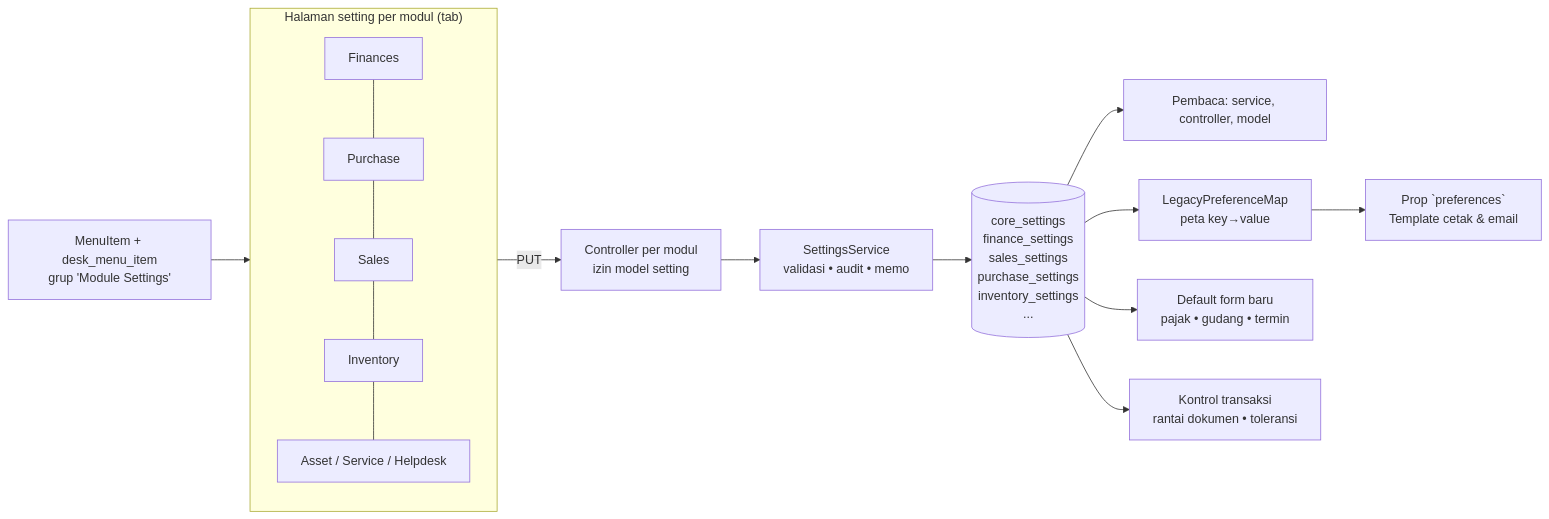
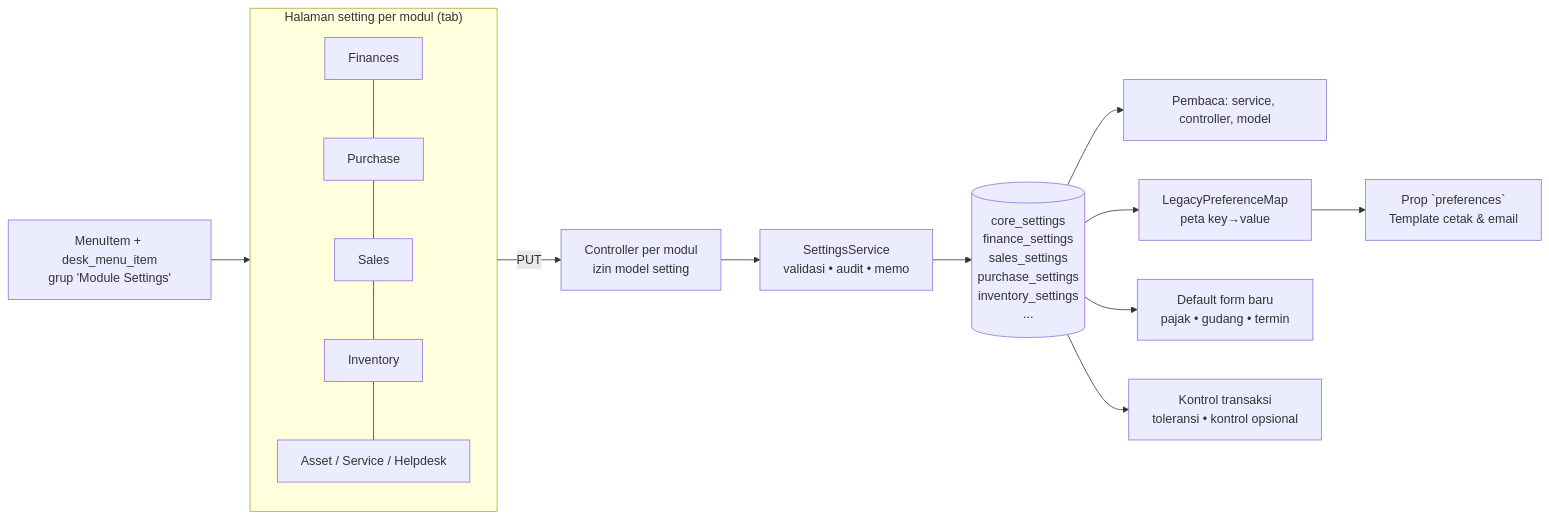
One commit to RimbunCode/erp_pataya changed the first of 2 diagrams in docs/prd/module-settings-prd.md. Above: the diagram before and after it, drawn with Mermaid. The commit also changed other lines of this file and 5 other files, not shown here.

````diff
--- a/docs/prd/module-settings-prd.md
+++ b/docs/prd/module-settings-prd.md
@@ -71,15 +72,15 @@
 ```mermaid
 flowchart LR
     subgraph UI["Halaman setting per modul (tab)"]
         P1[Finances] --- P2[Purchase] --- P3[Sales] --- P4[Inventory] --- P5[Asset / Service / Helpdesk]
     end
     UI -->|PUT| CTRL[Controller per modul<br/>izin model setting]
     CTRL --> SS[SettingsService<br/>validasi • audit • memo]
     SS --> TBL[("core_settings<br/>finance_settings<br/>sales_settings<br/>purchase_settings<br/>inventory_settings<br/>...")]
     TBL --> READ[Pembaca: service, controller, model]
     TBL --> LEG[LegacyPreferenceMap<br/>peta key→value]
     LEG --> FE[Prop `preferences`<br/>Template cetak & email]
     TBL --> DEF[Default form baru<br/>pajak • gudang • termin]
-    TBL --> CTL[Kontrol transaksi<br/>rantai dokumen • toleransi]
+    TBL --> CTL[Kontrol transaksi<br/>toleransi • kontrol opsional]
     MENU[MenuItem + desk_menu_item<br/>grup 'Module Settings'] --> UI
 ```
````
